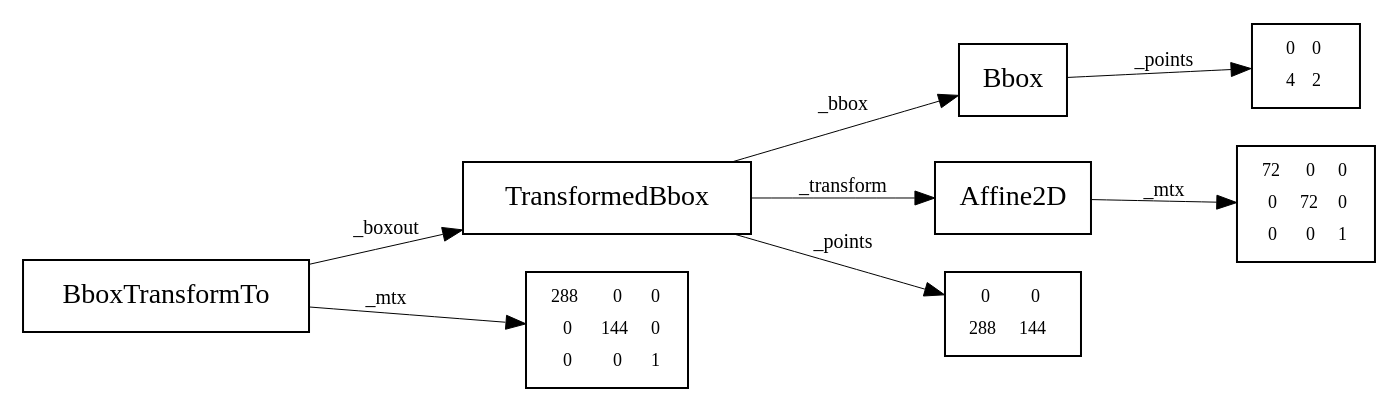
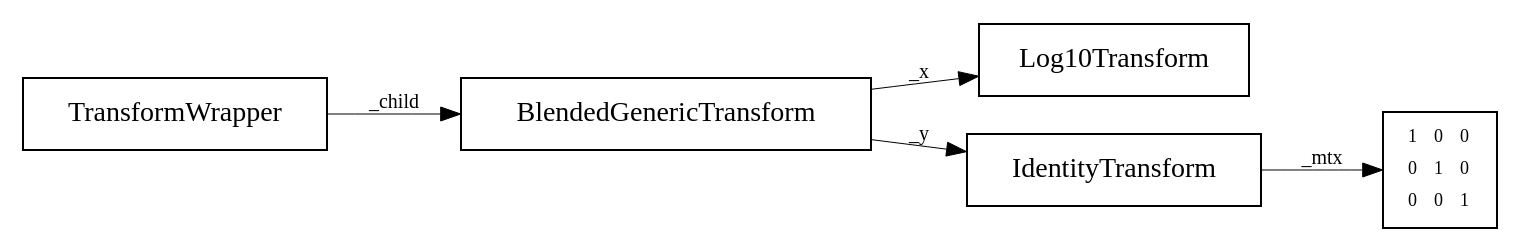
Before and after one commit to id0ma1no/ug-python: the diagram in py-scientific-computing/04-matplotlib/data/fig.dot, drawn with Graphviz. The commit also changed 10 other files, not shown here.

```diff
--- a/py-scientific-computing/04-matplotlib/data/fig.dot
+++ b/py-scientific-computing/04-matplotlib/data/fig.dot
@@ -1,20 +1,14 @@
 digraph structs {
 rankdir="LR";        
 node [shape=record,style=filled];
 edge [fontsize=10, penwidth=0.5];
-obj_1536478133776[label="BboxTransformTo",fillcolor=white];
-obj_1536478133720[label="TransformedBbox",fillcolor=white];
-obj_1536478133608[label="Bbox",fillcolor=white];
-obj_1536477968384[label=<<table border="0"><tr><td>0</td><td>0</td></tr><tr><td>4</td><td>2</td></tr></table>>,fillcolor=white, fontsize=9];
-obj_1536478133608 -> obj_1536477968384[label="_points",style=solid];
-obj_1536478133720 -> obj_1536478133608[label="_bbox",style=solid];
-obj_1536478133664[label="Affine2D",fillcolor=white];
-obj_1536479360064[label=<<table border="0"><tr><td>72</td><td>0</td><td>0</td></tr><tr><td>0</td><td>72</td><td>0</td></tr><tr><td>0</td><td>0</td><td>1</td></tr></table>>,fillcolor=white, fontsize=9];
-obj_1536478133664 -> obj_1536479360064[label="_mtx",style=solid];
-obj_1536478133720 -> obj_1536478133664[label="_transform",style=solid];
-obj_1536480186656[label=<<table border="0"><tr><td>0</td><td>0</td></tr><tr><td>288</td><td>144</td></tr></table>>,fillcolor=white, fontsize=9];
-obj_1536478133720 -> obj_1536480186656[label="_points",style=solid];
-obj_1536478133776 -> obj_1536478133720[label="_boxout",style=solid];
-obj_1536478852800[label=<<table border="0"><tr><td>288</td><td>0</td><td>0</td></tr><tr><td>0</td><td>144</td><td>0</td></tr><tr><td>0</td><td>0</td><td>1</td></tr></table>>,fillcolor=white, fontsize=9];
-obj_1536478133776 -> obj_1536478852800[label="_mtx",style=solid];
+obj_3210794188248[label="TransformWrapper",fillcolor=white];
+obj_3210813192120[label="BlendedGenericTransform",fillcolor=white];
+obj_3210813192848[label="Log10Transform",fillcolor=white];
+obj_3210813192120 -> obj_3210813192848[label="_x",style=solid];
+obj_3210794188192[label="IdentityTransform",fillcolor=white];
+obj_3210707263616[label=<<table border="0"><tr><td>1</td><td>0</td><td>0</td></tr><tr><td>0</td><td>1</td><td>0</td></tr><tr><td>0</td><td>0</td><td>1</td></tr></table>>,fillcolor=white, fontsize=9];
+obj_3210794188192 -> obj_3210707263616[label="_mtx",style=solid];
+obj_3210813192120 -> obj_3210794188192[label="_y",style=solid];
+obj_3210794188248 -> obj_3210813192120[label="_child",style=solid];
 }
```
